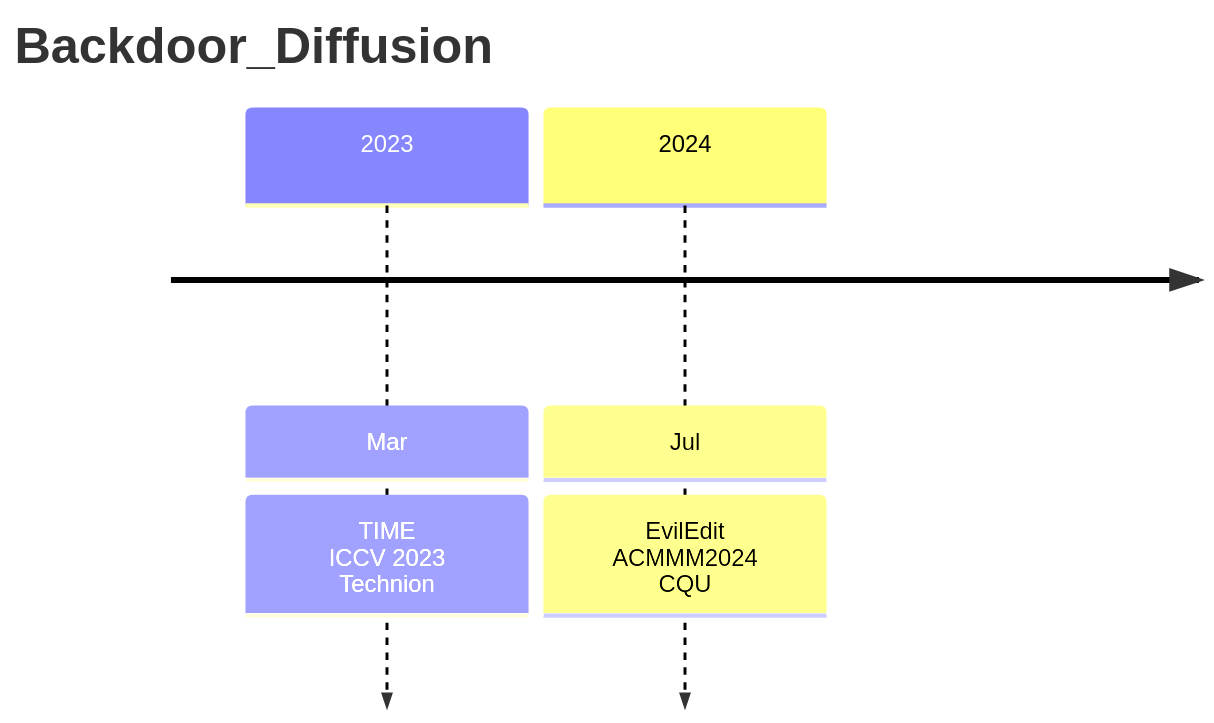
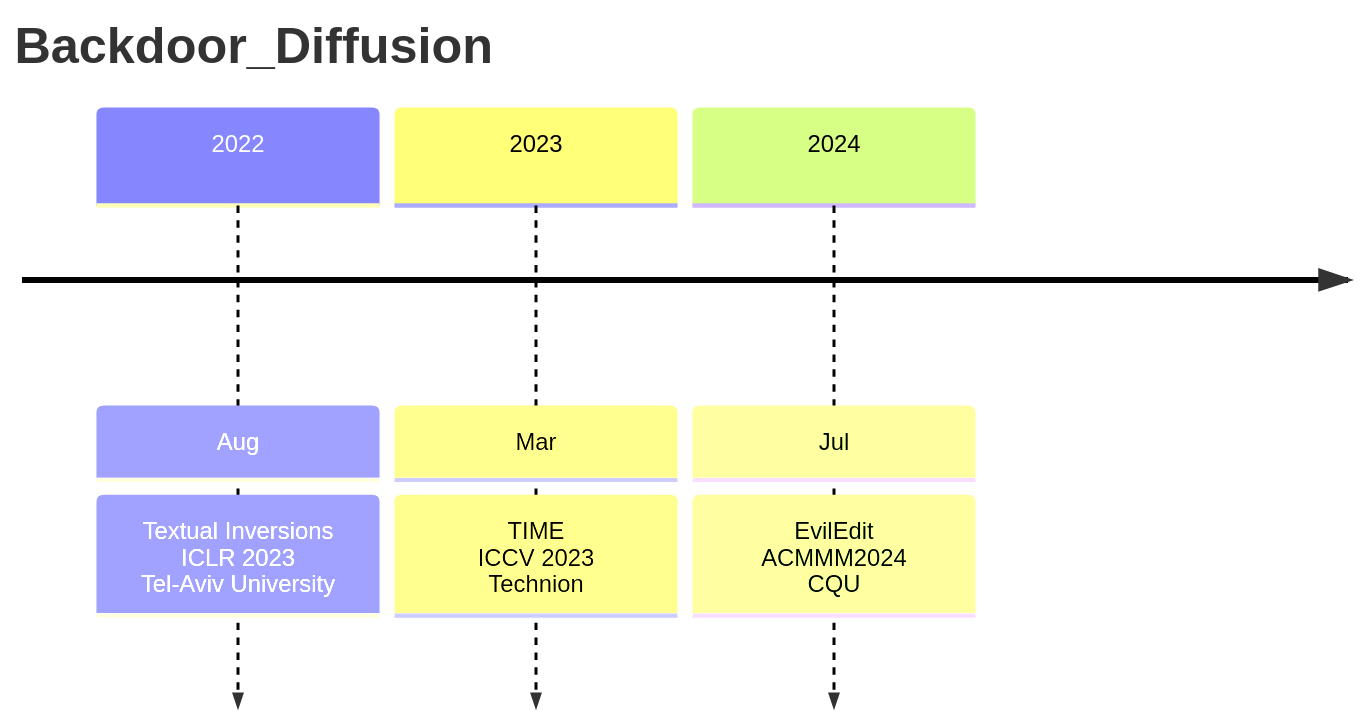
The first of 5 diagrams in Attack/Backdoor_Attack/Diffusion/T2I/analyse.md (Elephant-King9/Paper), drawn with Mermaid before and after one commit. The commit also changed other lines of this file and 24 other files, not shown here.

````diff
--- a/Attack/Backdoor_Attack/Diffusion/T2I/analyse.md
+++ b/Attack/Backdoor_Attack/Diffusion/T2I/analyse.md
@@ -5,8 +5,10 @@
 ```mermaid
 timeline
     title Backdoor_Diffusion
+    2022 : Aug
+    		 : Textual Inversions<br>ICLR 2023<br>Tel-Aviv University
     2023 : Mar
     		 : TIME<br>ICCV 2023<br>Technion
     2024 : Jul
     		 : EvilEdit<br>ACMMM2024<br>CQU
 ```
````
